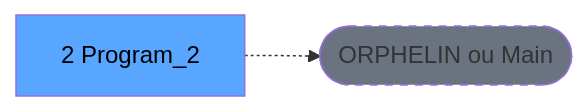
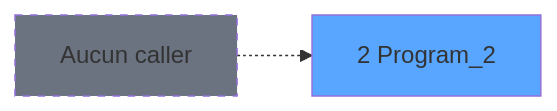
The second of 3 diagrams in .openspec/specs/ADH-IDE-2.md (thonyAGP/lecteur-magic), drawn with Mermaid before and after one commit. The commit also changed other lines of this file and 96 other files, not shown here.

````diff
--- a/.openspec/specs/ADH-IDE-2.md
+++ b/.openspec/specs/ADH-IDE-2.md
@@ -117,8 +104,8 @@
 ```mermaid
 graph LR
-    T[2 Program_2]
-    ORPHAN([ORPHELIN ou Main])
-    T -.-> ORPHAN
-    style T fill:#58a6ff,color:#000
-    style ORPHAN fill:#6b7280,stroke-dasharray: 5 5
+    T2[2 Program_2]
+    style T2 fill:#58a6ff
+    NONE[Aucun caller]
+    NONE -.-> T2
+    style NONE fill:#6b7280,stroke-dasharray: 5 5
 ```
````
